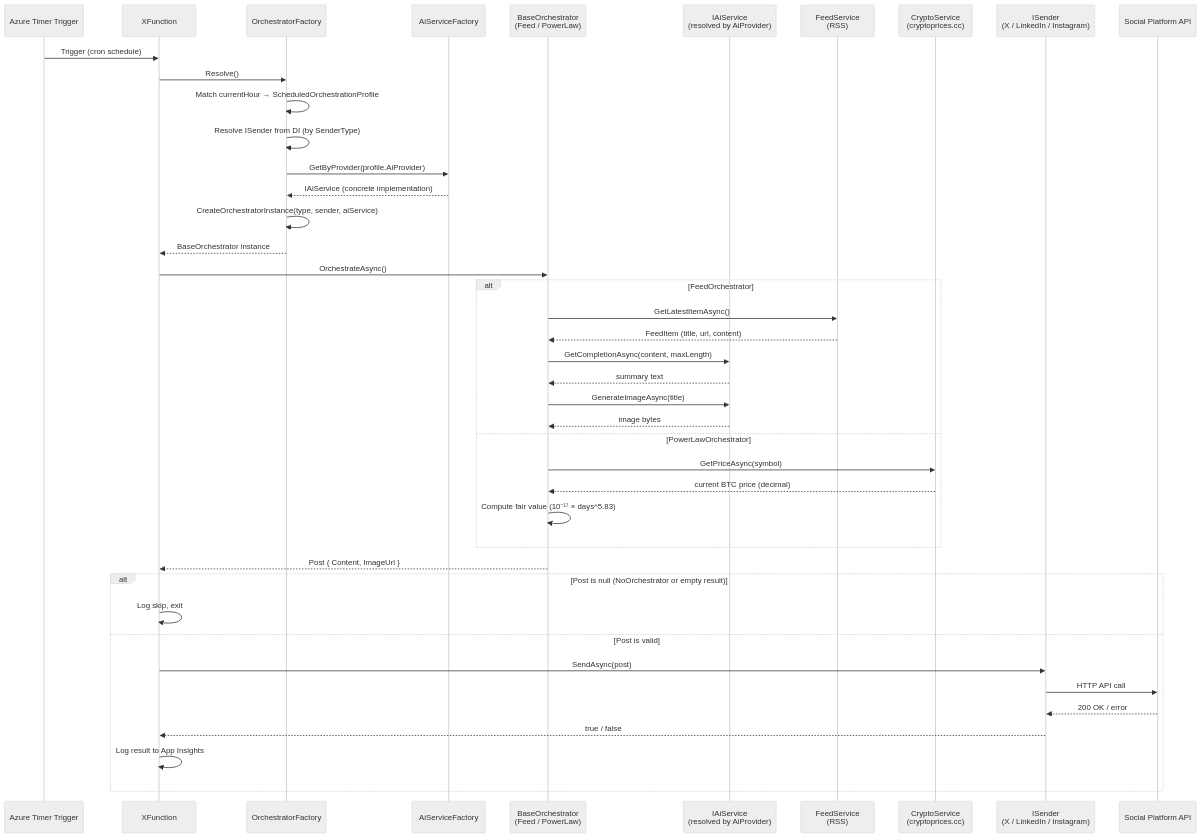
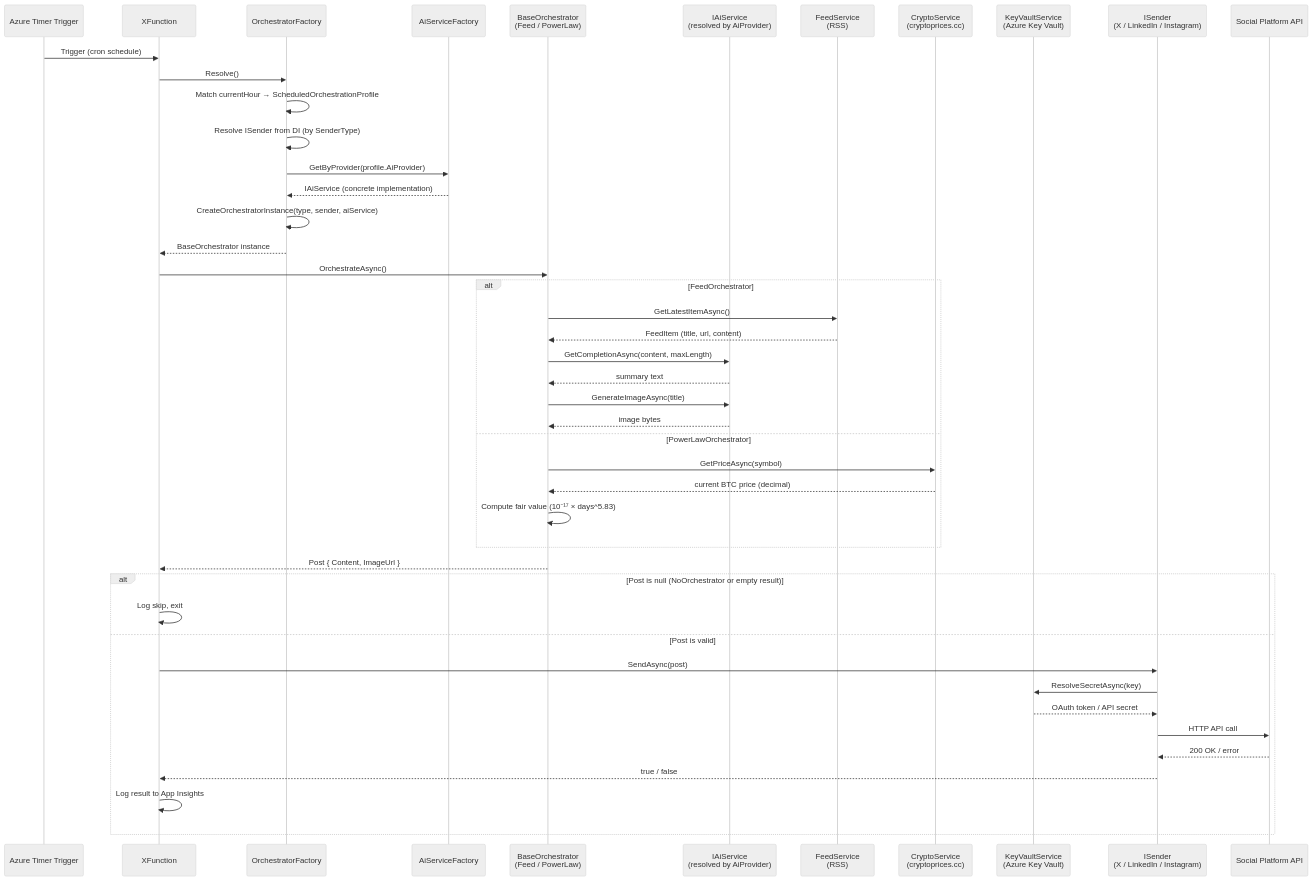
Before and after one commit to artcava/XPoster: the diagram in docs/architecture.md, drawn with Mermaid (neutral theme). The commit also changed other lines of this file and 1 other file, not shown here.

First line of the commit message:
docs: fix README and architecture.md inconsistencies

````diff
--- a/docs/architecture.md
+++ b/docs/architecture.md
@@ -195,49 +208,52 @@
 ```mermaid
 sequenceDiagram
     participant Timer as Azure Timer Trigger
     participant Fn as XFunction
     participant Factory as OrchestratorFactory
     participant AiFactory as AiServiceFactory
     participant Orch as BaseOrchestrator<br/>(Feed / PowerLaw)
     participant AI as IAiService<br/>(resolved by AiProvider)
     participant Feed as FeedService<br/>(RSS)
     participant Crypto as CryptoService<br/>(cryptoprices.cc)
+    participant KV as KeyVaultService<br/>(Azure Key Vault)
     participant Sender as ISender<br/>(X / LinkedIn / Instagram)
     participant Platform as Social Platform API
 
     Timer->>Fn: Trigger (cron schedule)
     Fn->>Factory: Resolve()
     Factory->>Factory: Match currentHour → ScheduledOrchestrationProfile
     Factory->>Factory: Resolve ISender from DI (by SenderType)
     Factory->>AiFactory: GetByProvider(profile.AiProvider)
     AiFactory-->>Factory: IAiService (concrete implementation)
     Factory->>Factory: CreateOrchestratorInstance(type, sender, aiService)
     Factory-->>Fn: BaseOrchestrator instance
 
     Fn->>Orch: OrchestrateAsync()
 
     alt FeedOrchestrator
         Orch->>Feed: GetLatestItemAsync()
         Feed-->>Orch: FeedItem (title, url, content)
         Orch->>AI: GetCompletionAsync(content, maxLength)
         AI-->>Orch: summary text
         Orch->>AI: GenerateImageAsync(title)
         AI-->>Orch: image bytes
     else PowerLawOrchestrator
         Orch->>Crypto: GetPriceAsync(symbol)
         Crypto-->>Orch: current BTC price (decimal)
         Orch->>Orch: Compute fair value (10⁻¹⁷ × days^5.83)
     end
 
     Orch-->>Fn: Post { Content, ImageUrl }
 
     alt Post is null (NoOrchestrator or empty result)
         Fn->>Fn: Log skip, exit
     else Post is valid
         Fn->>Sender: SendAsync(post)
+        Sender->>KV: ResolveSecretAsync(key)
+        KV-->>Sender: OAuth token / API secret
         Sender->>Platform: HTTP API call
         Platform-->>Sender: 200 OK / error
         Sender-->>Fn: true / false
         Fn->>Fn: Log result to App Insights
     end
 ```
````
